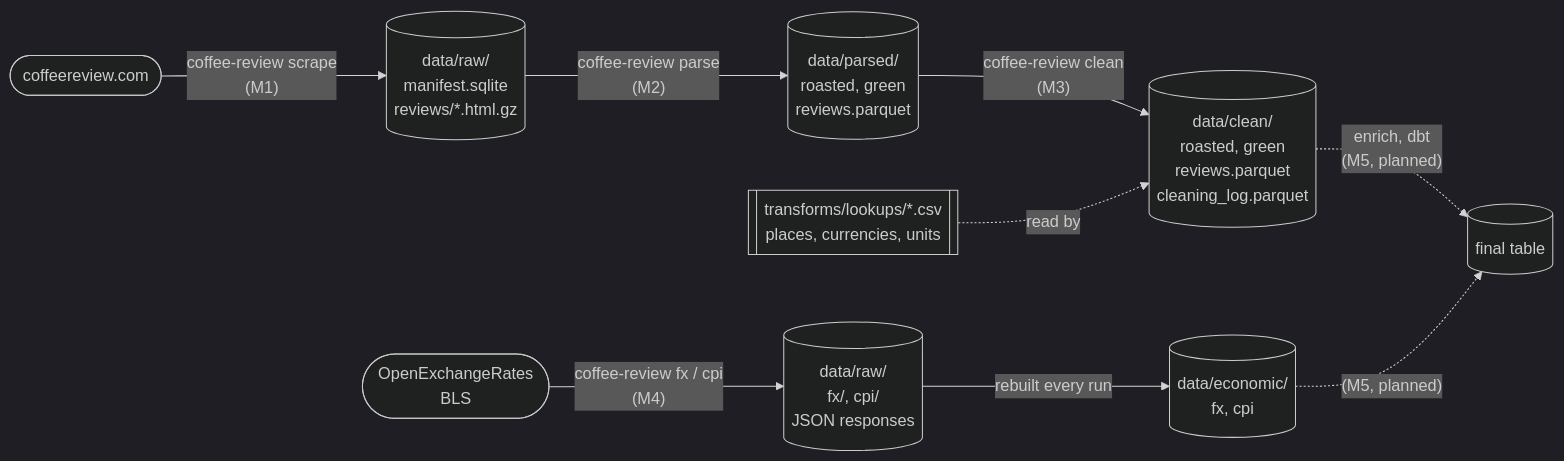
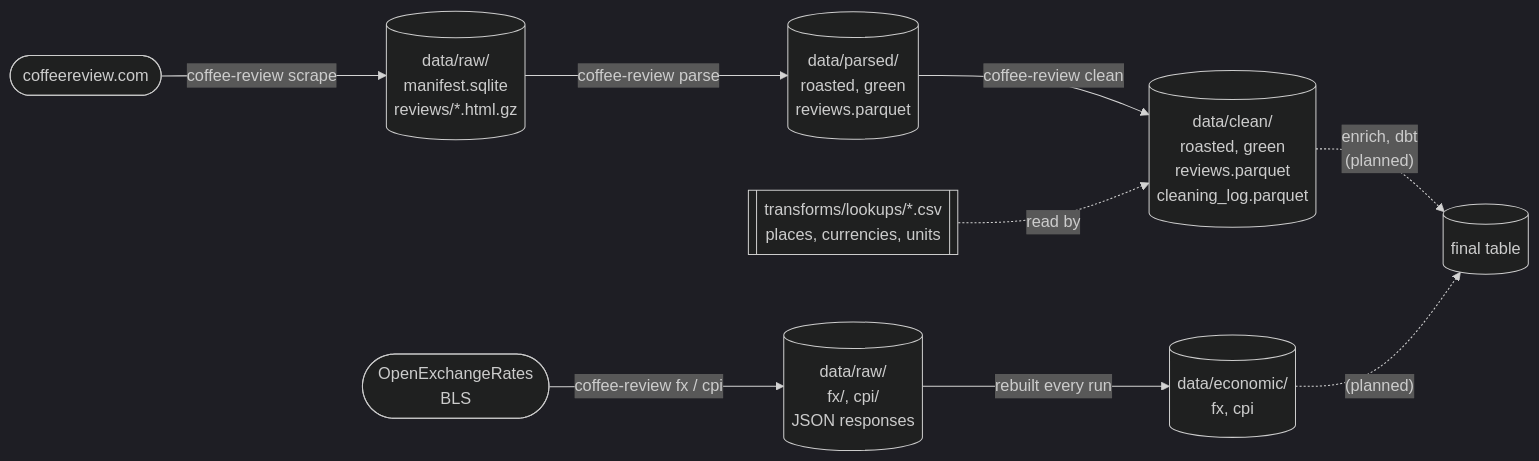
Before and after one commit to tynardone/coffee-review: the first of 7 diagrams in docs/architecture.md, drawn with Mermaid (dark theme). The commit also changed other lines of this file and 24 other files, not shown here.

First line of the commit message:
docs: name stages, not milestones, outside the roadmap

````diff
--- a/docs/architecture.md
+++ b/docs/architecture.md
@@ -13,21 +13,21 @@
 ```mermaid
 flowchart LR
     site(["coffeereview.com"])
     apis(["OpenExchangeRates<br>BLS"])
     raw[("data/raw/<br>manifest.sqlite<br>reviews/*.html.gz")]
     parsed[("data/parsed/<br>roasted, green<br>reviews.parquet")]
     clean[("data/clean/<br>roasted, green<br>reviews.parquet<br>cleaning_log.parquet")]
     lookups[["transforms/lookups/*.csv<br>places, currencies, units"]]
     rawref[("data/raw/<br>fx/, cpi/<br>JSON responses")]
     economic[("data/economic/<br>fx, cpi")]
     final[("final table")]
 
-    site -->|"coffee-review scrape<br>(M1)"| raw
-    raw -->|"coffee-review parse<br>(M2)"| parsed
-    parsed -->|"coffee-review clean<br>(M3)"| clean
+    site -->|"coffee-review scrape"| raw
+    raw -->|"coffee-review parse"| parsed
+    parsed -->|"coffee-review clean"| clean
     lookups -.->|read by| clean
-    clean -.->|"enrich, dbt<br>(M5, planned)"| final
-    apis -->|"coffee-review fx / cpi<br>(M4)"| rawref
+    clean -.->|"enrich, dbt<br>(planned)"| final
+    apis -->|"coffee-review fx / cpi"| rawref
     rawref -->|rebuilt every run| economic
-    economic -.->|"(M5, planned)"| final
+    economic -.->|"(planned)"| final
 ```
````
